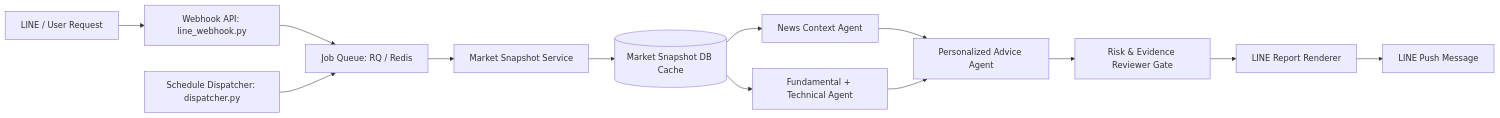
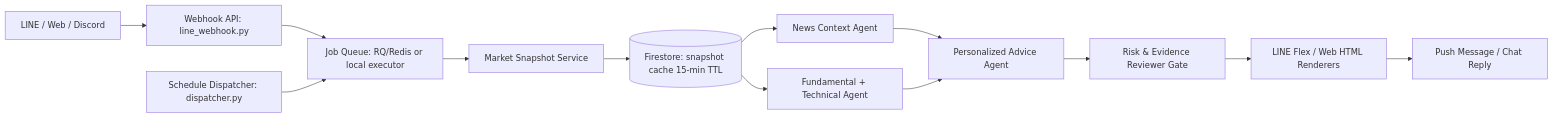
One commit to kwankhaosiva-repo/SM_Stock_AIAgent-old changed the diagram in README.md. Above: the diagram before and after it, drawn with Mermaid. The commit also changed other lines of this file and 11 other files, not shown here.

````diff
--- a/README.md
+++ b/README.md
@@ -26,15 +30,15 @@
 ```mermaid
 flowchart LR
-  A[LINE / User Request] --> B[Webhook API: line_webhook.py]
-  B --> C[Job Queue: RQ / Redis]
+  A[LINE / Web / Discord] --> B[Webhook API: line_webhook.py]
+  B --> C[Job Queue: RQ/Redis or local executor]
   D[Schedule Dispatcher: dispatcher.py] --> C
   C --> E[Market Snapshot Service]
-  E --> F[(Market Snapshot DB Cache)]
+  E --> F[(Firestore: snapshot cache 15-min TTL)]
   F --> G[News Context Agent]
   F --> H[Fundamental + Technical Agent]
   G --> I[Personalized Advice Agent]
   H --> I
   I --> J[Risk & Evidence Reviewer Gate]
-  J --> K[LINE Report Renderer]
-  K --> L[LINE Push Message]
+  J --> K[LINE Flex / Web HTML Renderers]
+  K --> L[Push Message / Chat Reply]
 ```
````
